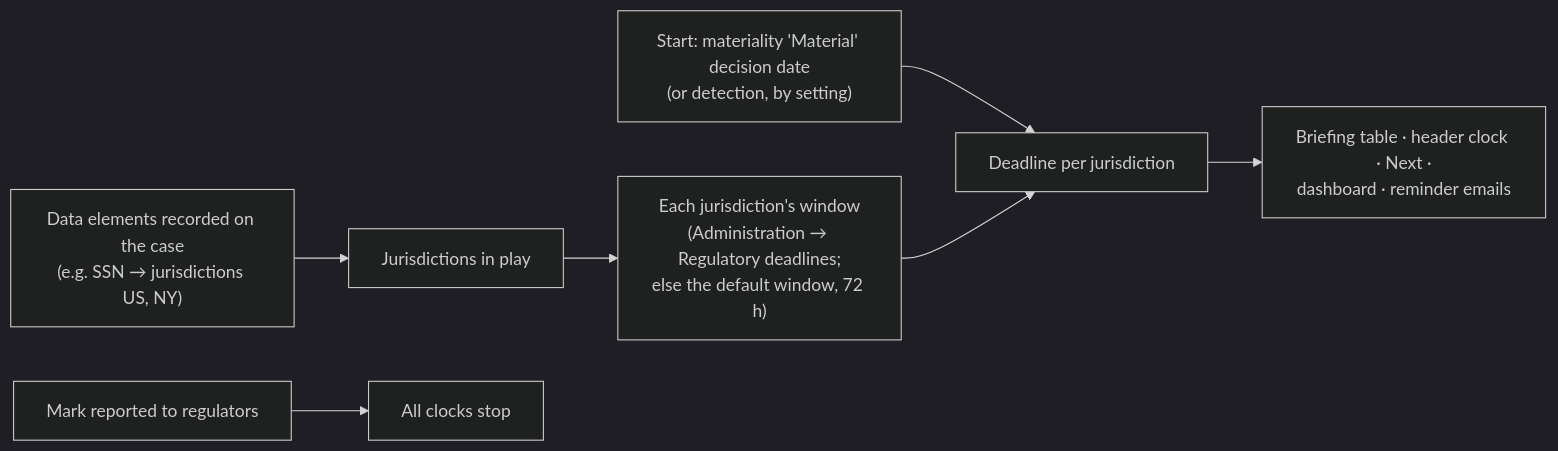
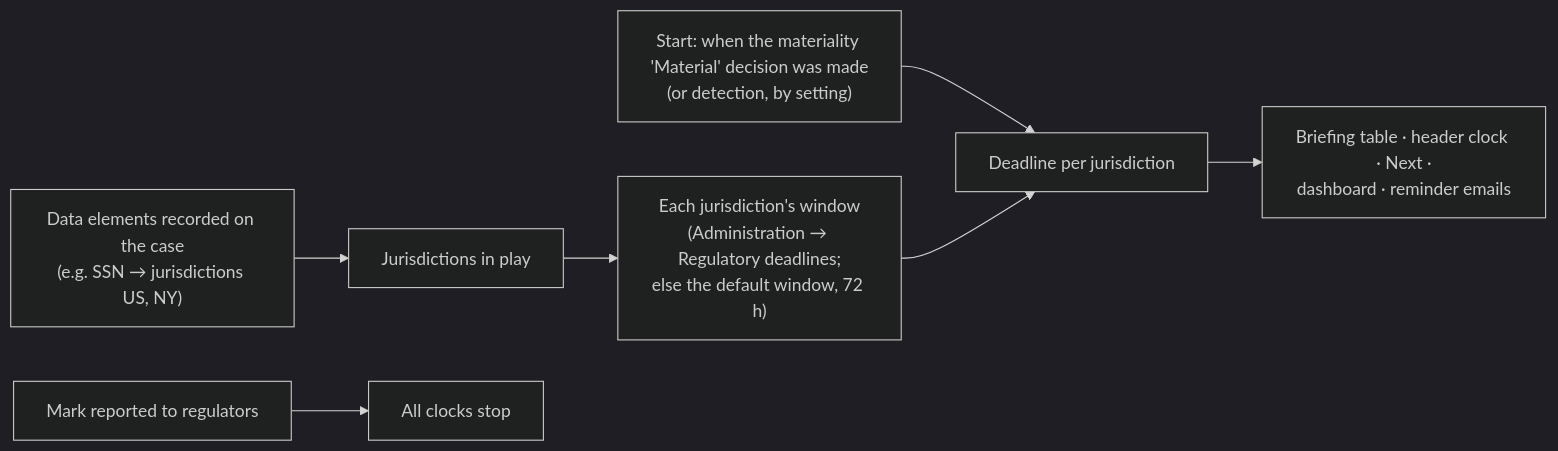
One commit to jashley92/CaseBook changed the first of 2 diagrams in docs/workflows/governance.md. Above: the diagram before and after it, drawn with Mermaid (dark theme). The commit also changed other lines of this file and 4 other files, not shown here.

First line of the commit message:
Materiality records the decision time; the notification clock starts there (BUG-07)

````diff
--- a/docs/workflows/governance.md
+++ b/docs/workflows/governance.md
@@ -102,9 +102,9 @@
 ```mermaid
 flowchart LR
     DE["Data elements recorded on the case<br/>(e.g. SSN → jurisdictions US, NY)"] --> J["Jurisdictions in play"]
     J --> R["Each jurisdiction's window<br/>(Administration → Regulatory deadlines;<br/>else the default window, 72 h)"]
-    S["Start: materiality 'Material' decision date<br/>(or detection, by setting)"] --> D["Deadline per jurisdiction"]
+    S["Start: when the materiality 'Material' decision was made<br/>(or detection, by setting)"] --> D["Deadline per jurisdiction"]
     R --> D
     D --> UI["Briefing table · header clock · Next ·<br/>dashboard · reminder emails"]
     MR["Mark reported to regulators"] --> Stop["All clocks stop"]
 ```
````
